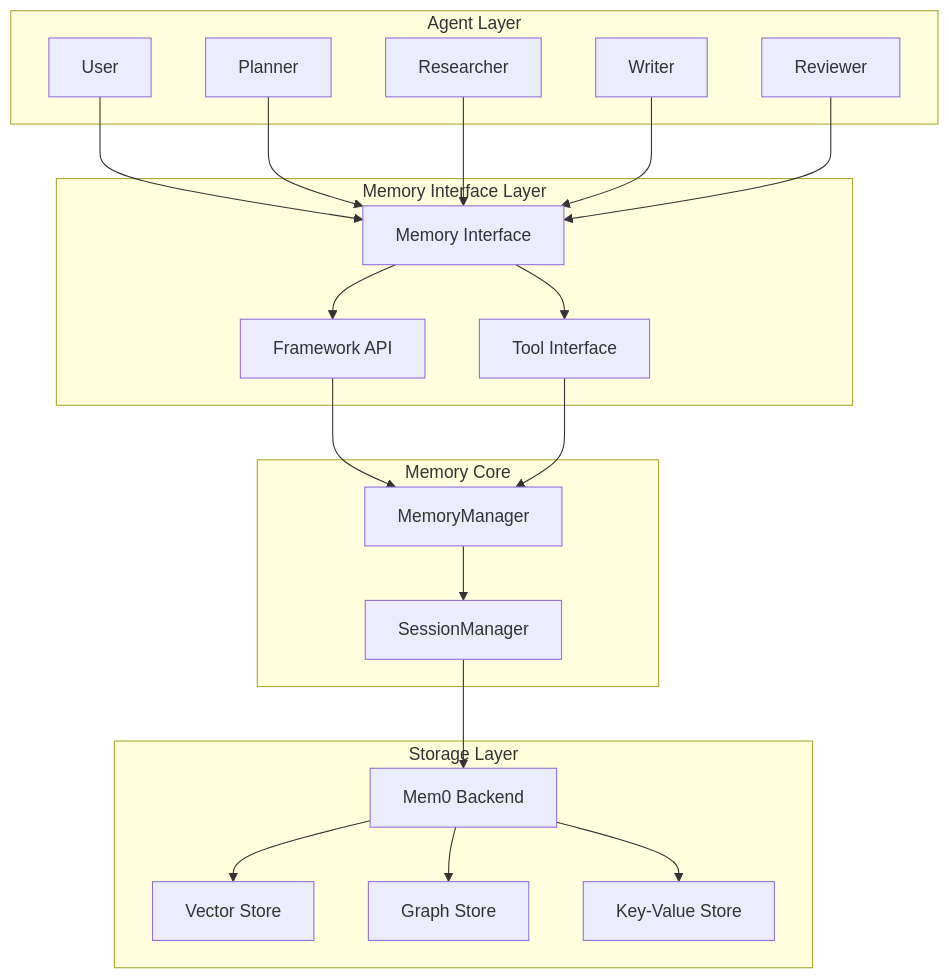
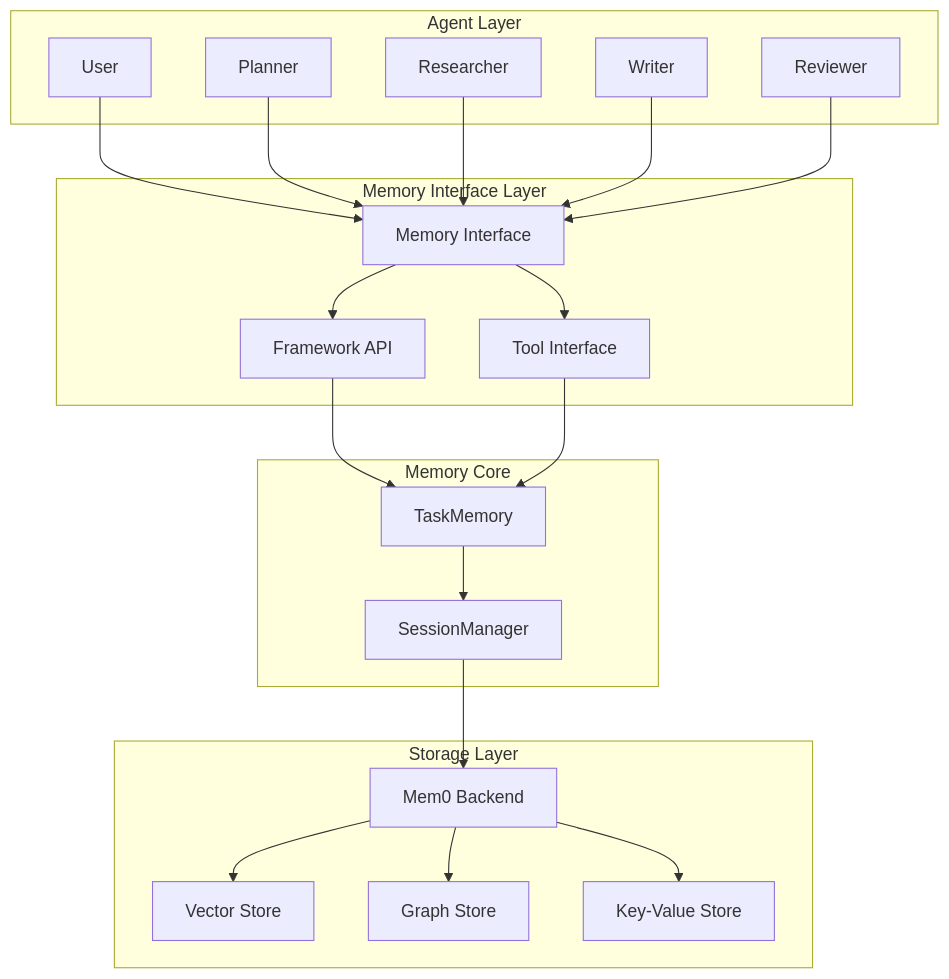
Before and after one commit to dustland/roboco: the first of 5 diagrams in docs/memory-system.md, drawn with Mermaid. The commit also changed 27 other files, not shown here.

Commit message:
feat: introduce Task-Centric API with enhanced task management, memory operations, and updated documentation for improved usability and clarity

````diff
--- a/docs/memory-system.md
+++ b/docs/memory-system.md
@@ -26,44 +26,44 @@
 ```mermaid
 graph TB
     subgraph "Agent Layer"
         A1[User]
         A2[Planner]
         A3[Researcher]
         A4[Writer]
         A5[Reviewer]
     end
 
     subgraph "Memory Interface Layer"
         MI[Memory Interface]
         API[Framework API]
         TOOLS[Tool Interface]
     end
 
     subgraph "Memory Core"
-        MM[MemoryManager]
+        TM[TaskMemory]
         SM[SessionManager]
     end
 
     subgraph "Storage Layer"
         MEM0[Mem0 Backend]
         VS[Vector Store]
         GS[Graph Store]
         KV[Key-Value Store]
     end
 
     A1 --> MI
     A2 --> MI
     A3 --> MI
     A4 --> MI
     A5 --> MI
 
     MI --> API
     MI --> TOOLS
-    API --> MM
-    TOOLS --> MM
-    MM --> SM
+    API --> TM
+    TOOLS --> TM
+    TM --> SM
     SM --> MEM0
     MEM0 --> VS
     MEM0 --> GS
     MEM0 --> KV
 ```
````
